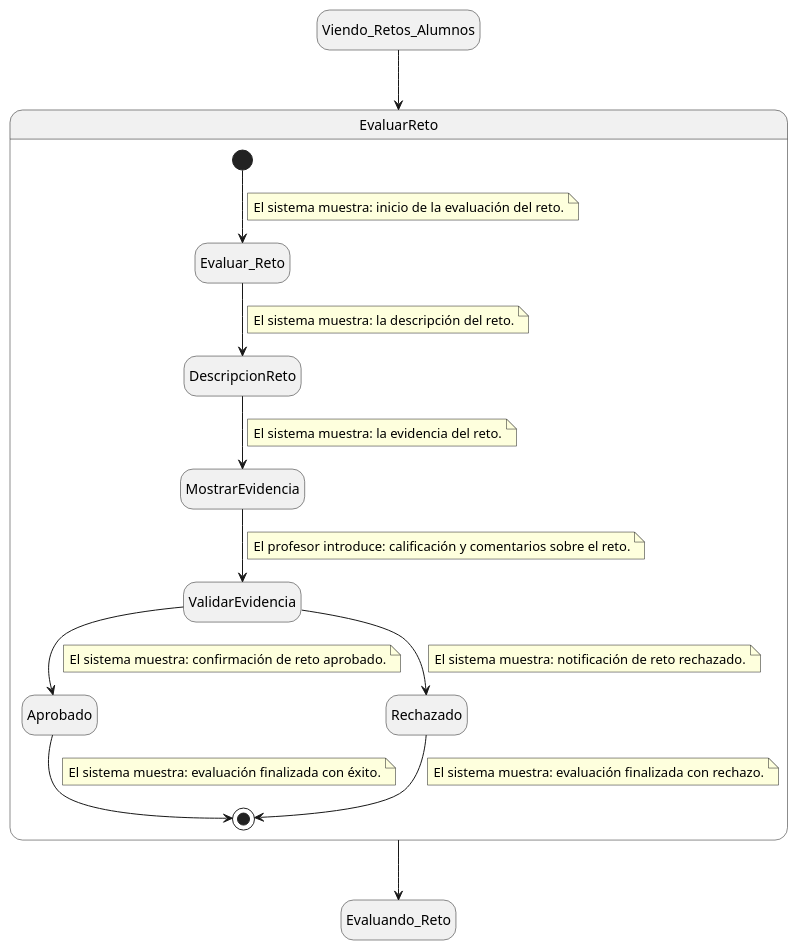
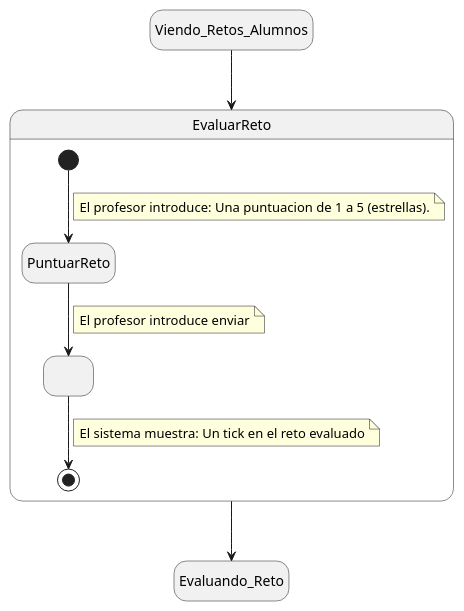
One commit to mmasias/24-25-IdSw1-SDR changed the diagram in Documentos/DetallarCasosDeUso/Profesor/Evaluar_Retos.puml. Above: the diagram before and after it, drawn with PlantUML. The commit also changed 1 other file, not shown here.

Commit message:
Evaluar_Retos

```diff
--- a/Documentos/DetallarCasosDeUso/Profesor/Evaluar_Retos.puml
+++ b/Documentos/DetallarCasosDeUso/Profesor/Evaluar_Retos.puml
@@ -1,51 +1,26 @@
 @startuml Evaluar_Retos
 
 hide empty description
 state Viendo_Retos_Alumnos
 state Evaluando_Reto
 state EvaluarReto {
-    [*] --> Evaluar_Reto
+    [*] --> PuntuarReto
     note on link
-        El sistema muestra: inicio de la evaluación del reto.
+        El profesor introduce: Una puntuacion de 1 a 5 (estrellas).
+    end note
+    state " " as Estado
+    PuntuarReto --> Estado
+    note on link
+        El profesor introduce enviar
+    end note
+    Estado --> [*]
+    note on link
+        El sistema muestra: Un tick en el reto evaluado
     end note
 
-    Evaluar_Reto --> DescripcionReto
-    note on link
-        El sistema muestra: la descripción del reto.
-    end note
-
-    DescripcionReto --> MostrarEvidencia
-    note on link
-        El sistema muestra: la evidencia del reto.
-    end note
-
-    MostrarEvidencia --> ValidarEvidencia
-    note on link
-        El profesor introduce: calificación y comentarios sobre el reto.
-    end note
-
-    ValidarEvidencia --> Aprobado
-    note on link
-        El sistema muestra: confirmación de reto aprobado.
-    end note
-
-    ValidarEvidencia --> Rechazado
-    note on link
-        El sistema muestra: notificación de reto rechazado.
-    end note
-
-    Aprobado --> [*]
-    note on link
-        El sistema muestra: evaluación finalizada con éxito.
-    end note
-
-    Rechazado --> [*]
-    note on link
-        El sistema muestra: evaluación finalizada con rechazo.
-    end note
 }
 
 Viendo_Retos_Alumnos --> EvaluarReto
 EvaluarReto --> Evaluando_Reto
 
 @enduml
```
